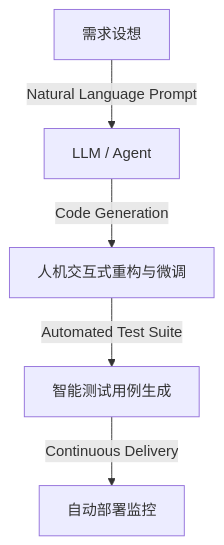
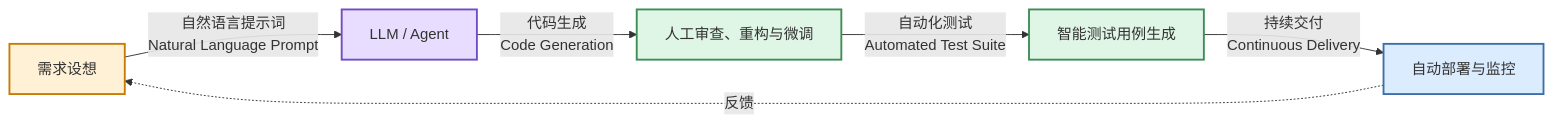
One commit to bettermorn/IntelligentSWEPractice changed the eighth of 12 diagrams in courseware/iswep.md. Above: the diagram before and after it, drawn with Mermaid. The commit also changed other lines of this file, not shown here.

Commit message:
Refactor mermaid diagrams to include Chinese labels

````diff
--- a/courseware/iswep.md
+++ b/courseware/iswep.md
@@ -474,7 +534,22 @@
 ```mermaid
-graph TD
-    Idea[需求设想] -->|Natural Language Prompt| LLM[LLM / Agent]
-    LLM -->|Code Generation| Dev[人机交互式重构与微调]
-    Dev -->|Automated Test Suite| QA[智能测试用例生成]
-    QA -->|Continuous Delivery| Deploy[自动部署监控]
+flowchart LR
+    Idea[需求设想] -->|自然语言提示词
+Natural Language Prompt| LLM[LLM / Agent]
+    LLM -->|代码生成
+Code Generation| Dev[人工审查、重构与微调]
+    Dev -->|自动化测试
+Automated Test Suite| QA[智能测试用例生成]
+    QA -->|持续交付
+Continuous Delivery| Deploy[自动部署与监控]
+    Deploy -. 反馈 .-> Idea
+
+    classDef input fill:#fff1d6,stroke:#c77b00,stroke-width:2px;
+    classDef ai fill:#e8ddff,stroke:#714bc4,stroke-width:2px;
+    classDef human fill:#dff5e5,stroke:#3c8c55,stroke-width:2px;
+    classDef delivery fill:#dcecff,stroke:#3c6ea8,stroke-width:2px;
+
+    class Idea input;
+    class LLM ai;
+    class Dev,QA human;
+    class Deploy delivery;
 ```
````
